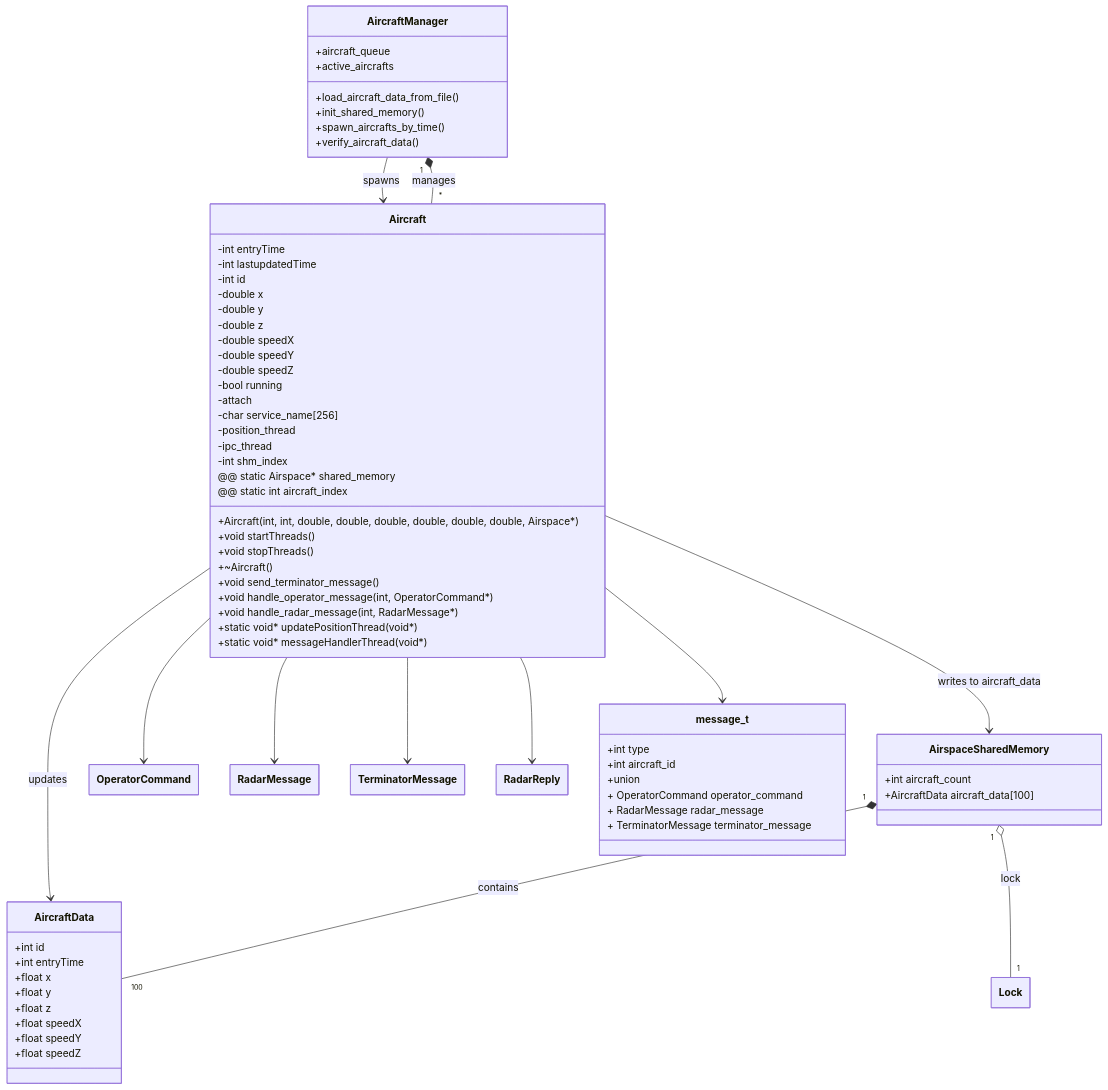
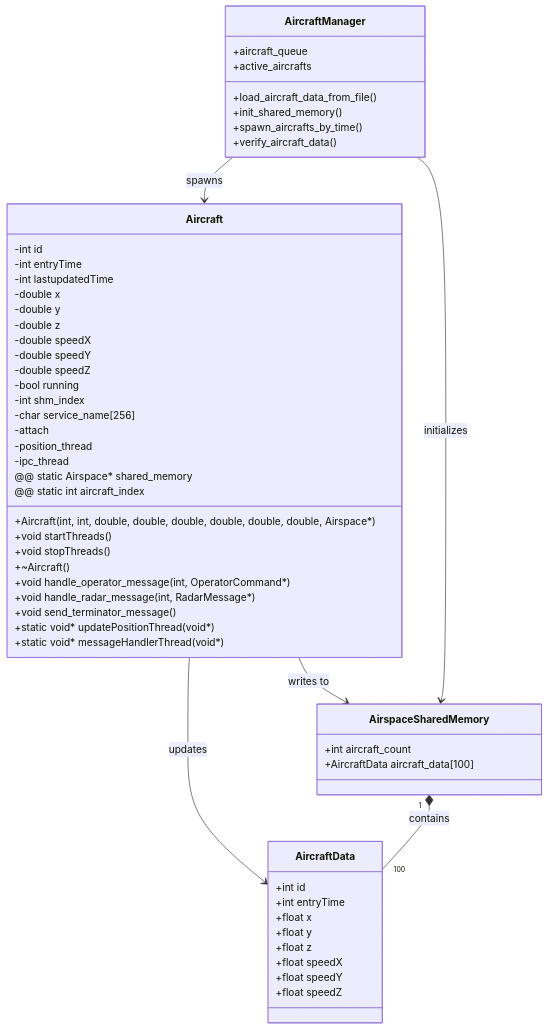
One commit to iluvpomeranians/QNX-Real-time-ATC-Simulation changed the diagram in mermaid_scripts/aircraft_class_diagram.mmd. Above: the diagram before and after it, drawn with Mermaid. The commit also changed 4 other files, not shown here.

Commit message:
Update Mermaid diagrams

```diff
--- a/mermaid_scripts/aircraft_class_diagram.mmd
+++ b/mermaid_scripts/aircraft_class_diagram.mmd
@@ -1,87 +1,68 @@
 ---
 config:
   class:
     hideEmptyMembersBox: true
 ---
 classDiagram
 direction TB
-    class AirspaceSharedMemory {
-	    +int aircraft_count
-	    +AircraftData aircraft_data[100]
-    }
-    class AircraftData {
-	    +int id
-	    +int entryTime
-	    +float x
-	    +float y
-	    +float z
-	    +float speedX
-	    +float speedY
-	    +float speedZ
-    }
-    class Aircraft {
-	    -int entryTime
-	    -int lastupdatedTime
-	    -int id
-	    -double x
-	    -double y
-	    -double z
-	    -double speedX
-	    -double speedY
-	    -double speedZ
-	    -bool running
-	    -attach
-	    -char service_name[256]
-	    -position_thread
-	    -ipc_thread
-	    -int shm_index
-	    @@ static Airspace* shared_memory
-	    @@ static int aircraft_index
-	    +Aircraft(int, int, double, double, double, double, double, double, Airspace*)
-	    +void startThreads()
-	    +void stopThreads()
-	    +~Aircraft()
-	    +void send_terminator_message()
-	    +void handle_operator_message(int, OperatorCommand*)
-	    +void handle_radar_message(int, RadarMessage*)
-	    +static void* updatePositionThread(void*)
-	    +static void* messageHandlerThread(void*)
-    }
-    class AircraftManager {
-	    +aircraft_queue
-	    +active_aircrafts
-	    +load_aircraft_data_from_file()
-	    +init_shared_memory()
-	    +spawn_aircrafts_by_time()
-	    +verify_aircraft_data()
-    }
-    class OperatorCommand {
-    }
-    class RadarMessage {
-    }
-    class TerminatorMessage {
-    }
-    class RadarReply {
-    }
-    class message_t {
-	    +int type
-	    +int aircraft_id
-	    +union
-	    + OperatorCommand operator_command
-	    + RadarMessage radar_message
-	    + TerminatorMessage terminator_message
-    }
-    class Lock {
-    }
 
-    Aircraft --> AirspaceSharedMemory : writes to aircraft_data
-    Aircraft --> AircraftData : updates
-    AircraftManager --> Aircraft : spawns
-    AirspaceSharedMemory "1" *-- "100" AircraftData : contains
-    AircraftManager "1" *-- "*" Aircraft : manages
-    Aircraft --> OperatorCommand
-    Aircraft --> RadarMessage
-    Aircraft --> TerminatorMessage
-    Aircraft --> message_t
-    Aircraft --> RadarReply
-    AirspaceSharedMemory "1" o-- "1" Lock : lock
+class AirspaceSharedMemory {
+    +int aircraft_count
+    +AircraftData aircraft_data[100]
+}
+
+class AircraftData {
+    +int id
+    +int entryTime
+    +float x
+    +float y
+    +float z
+    +float speedX
+    +float speedY
+    +float speedZ
+}
+
+class Aircraft {
+    -int id
+    -int entryTime
+    -int lastupdatedTime
+    -double x
+    -double y
+    -double z
+    -double speedX
+    -double speedY
+    -double speedZ
+    -bool running
+    -int shm_index
+    -char service_name[256]
+    -attach
+    -position_thread
+    -ipc_thread
+    @@ static Airspace* shared_memory
+    @@ static int aircraft_index
+    +Aircraft(int, int, double, double, double, double, double, double, Airspace*)
+    +void startThreads()
+    +void stopThreads()
+    +~Aircraft()
+    +void handle_operator_message(int, OperatorCommand*)
+    +void handle_radar_message(int, RadarMessage*)
+    +void send_terminator_message()
+    +static void* updatePositionThread(void*)
+    +static void* messageHandlerThread(void*)
+}
+
+class AircraftManager {
+    +aircraft_queue
+    +active_aircrafts
+    +load_aircraft_data_from_file()
+    +init_shared_memory()
+    +spawn_aircrafts_by_time()
+    +verify_aircraft_data()
+}
+
+%% Relationships
+Aircraft --> AircraftData : updates
+Aircraft --> AirspaceSharedMemory : writes to
+AirspaceSharedMemory "1" *-- "100" AircraftData : contains
+AircraftManager --> Aircraft : spawns
+AircraftManager --> AirspaceSharedMemory : initializes
```
